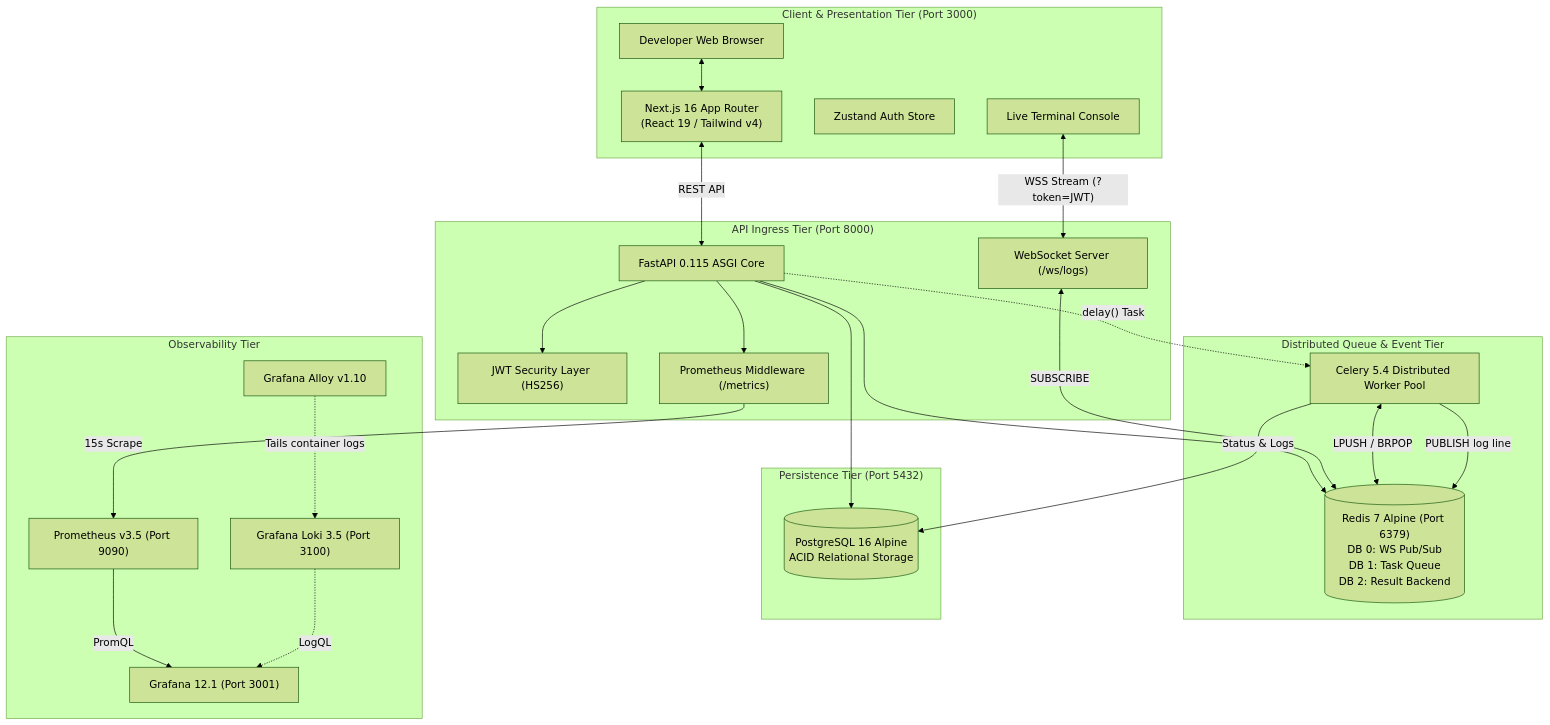
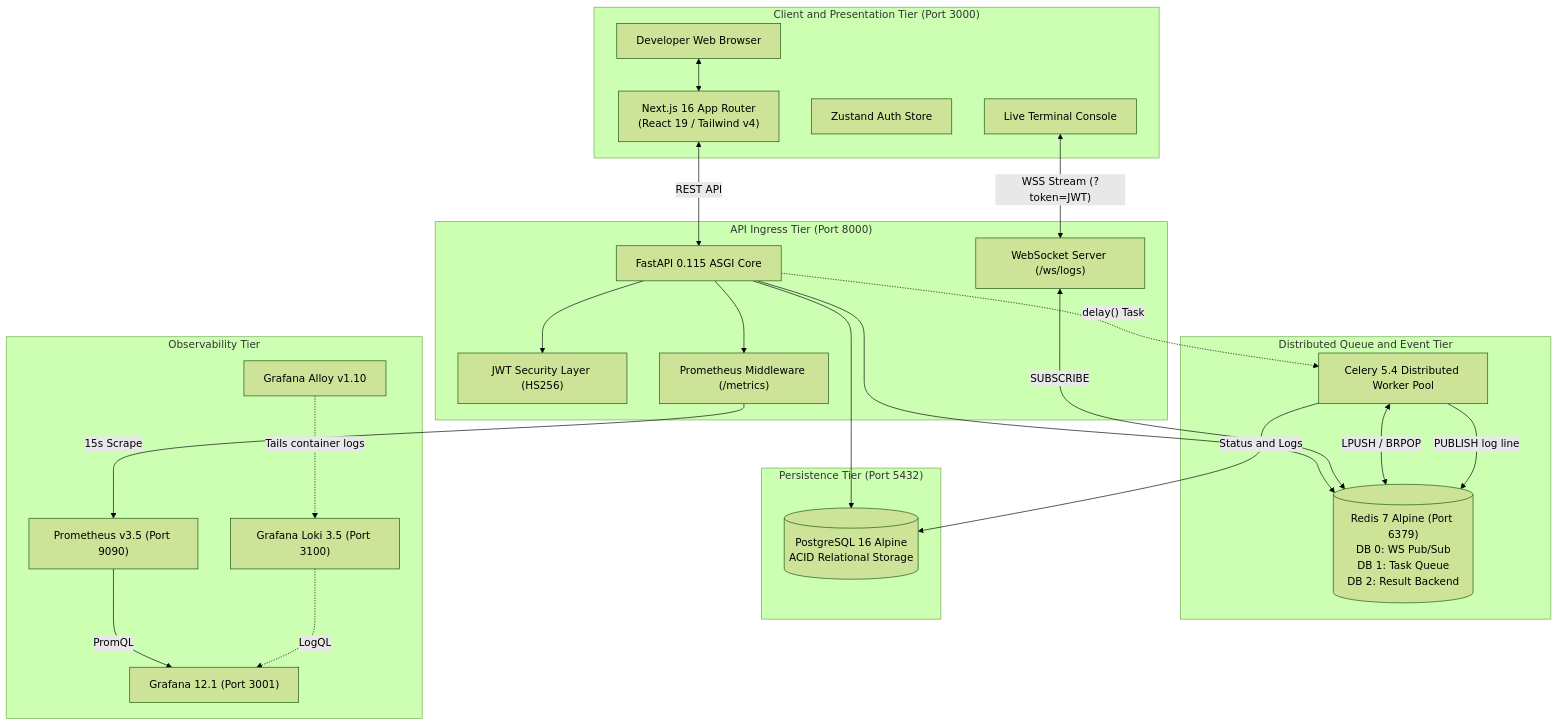
Before and after one commit to satviashwin369-creator/StackForge: the first of 9 diagrams in docs/Architecture.md, drawn with Mermaid (forest theme). The commit also changed other lines of this file and 20 other files, not shown here.

Commit message:
docs(arch): add native PNG diagrams and unwrap top-level Mermaid blocks for 100% GitHub visibility

````diff
--- a/docs/Architecture.md
+++ b/docs/Architecture.md
@@ -44,52 +43,52 @@
 ```mermaid
 flowchart TD
-    subgraph Client ["Client & Presentation Tier (Port 3000)"]
+    subgraph Client ["Client and Presentation Tier (Port 3000)"]
         Browser["Developer Web Browser"]
         NextApp["Next.js 16 App Router<br/>(React 19 / Tailwind v4)"]
         Zustand["Zustand Auth Store"]
         LiveConsole["Live Terminal Console"]
     end
 
     subgraph Gateway ["API Ingress Tier (Port 8000)"]
         FastAPI["FastAPI 0.115 ASGI Core"]
         JWTAuth["JWT Security Layer (HS256)"]
         WSServer["WebSocket Server (/ws/logs)"]
         PrometheusMiddleware["Prometheus Middleware (/metrics)"]
     end
 
-    subgraph AsyncTier ["Distributed Queue & Event Tier"]
+    subgraph AsyncTier ["Distributed Queue and Event Tier"]
         Celery["Celery 5.4 Distributed Worker Pool"]
         RedisQ[("Redis 7 Alpine (Port 6379)<br/>DB 0: WS Pub/Sub<br/>DB 1: Task Queue<br/>DB 2: Result Backend")]
     end
 
     subgraph DataTier ["Persistence Tier (Port 5432)"]
         Postgres[("PostgreSQL 16 Alpine<br/>ACID Relational Storage")]
     end
 
     subgraph Observability ["Observability Tier"]
         Prometheus["Prometheus v3.5 (Port 9090)"]
         Grafana["Grafana 12.1 (Port 3001)"]
         Loki["Grafana Loki 3.5 (Port 3100)"]
         Alloy["Grafana Alloy v1.10"]
     end
 
     Browser <--> NextApp
     NextApp <-->|"REST API"| FastAPI
     LiveConsole <-->|"WSS Stream (?token=JWT)"| WSServer
 
     FastAPI --> JWTAuth
     FastAPI --> Postgres
     FastAPI --> RedisQ
     WSServer <-->|"SUBSCRIBE"| RedisQ
 
     FastAPI -.->|"delay() Task"| Celery
     Celery <-->|"LPUSH / BRPOP"| RedisQ
-    Celery -->|"Status & Logs"| Postgres
+    Celery -->|"Status and Logs"| Postgres
     Celery -->|"PUBLISH log line"| RedisQ
 
     FastAPI --> PrometheusMiddleware
     PrometheusMiddleware -->|"15s Scrape"| Prometheus
     Prometheus -->|"PromQL"| Grafana
     Alloy -.->|"Tails container logs"| Loki
     Loki -.->|"LogQL"| Grafana
 ```
````
